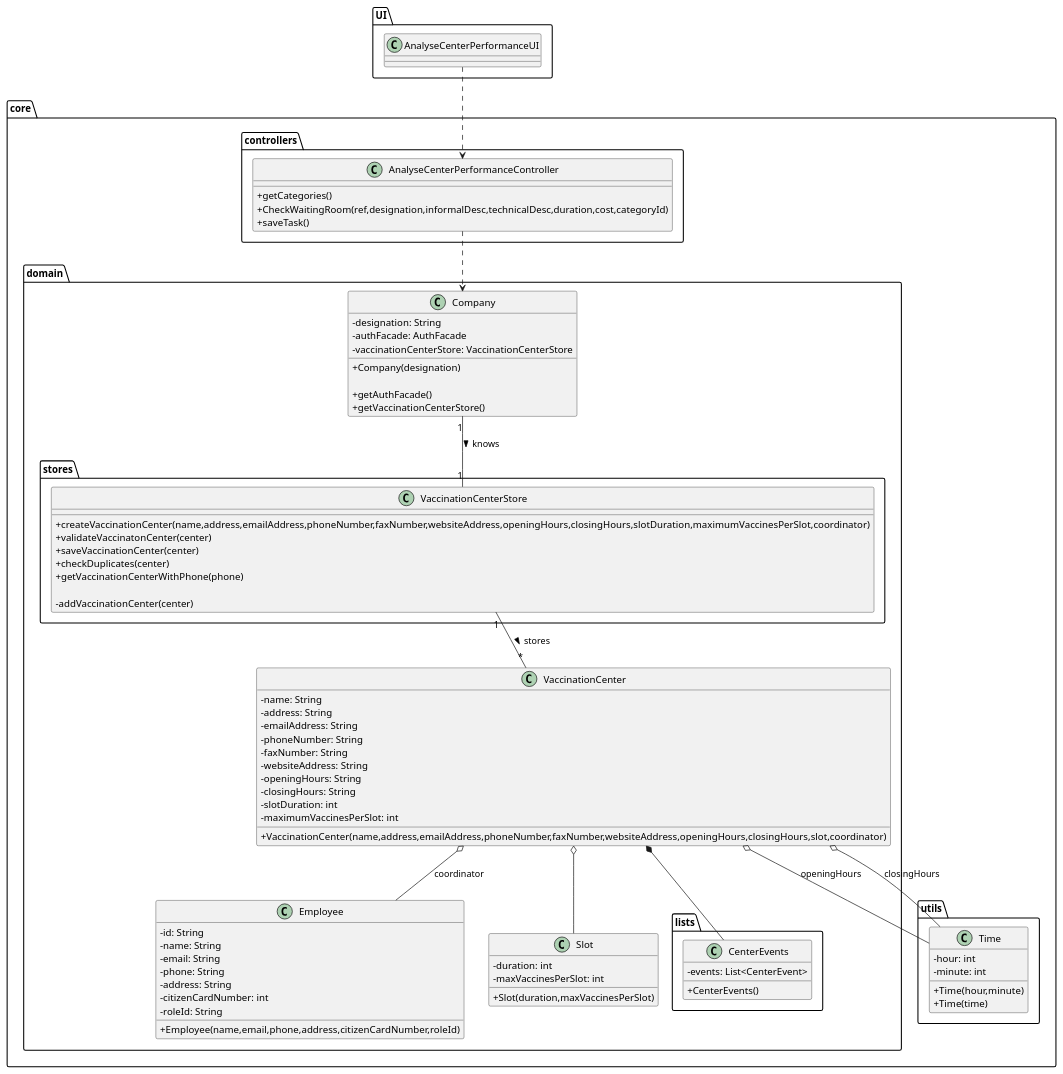
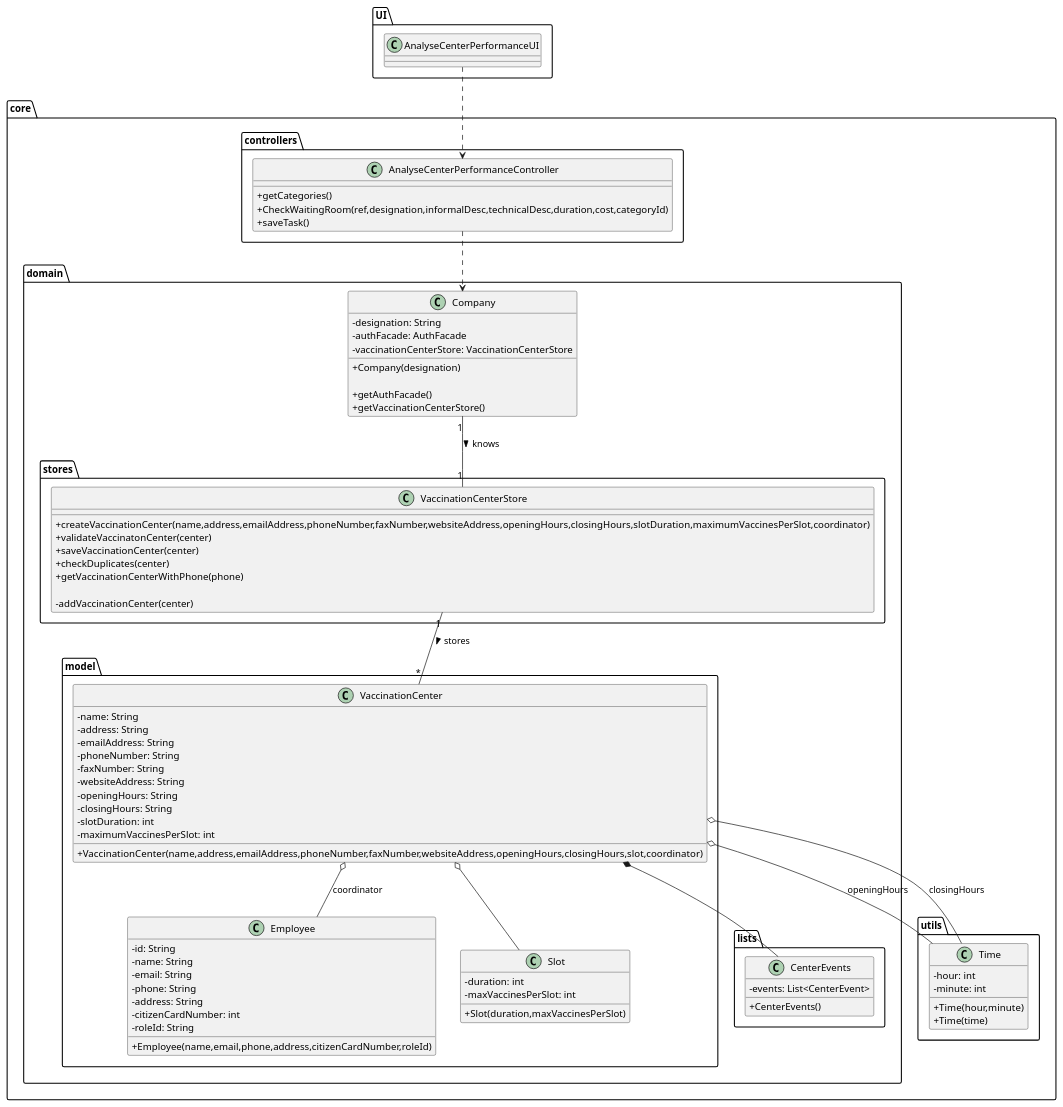
Before and after one commit to miseEnPlace-i/lapr2: the diagram in docs/SprintD/US16/CD/US16_CD.puml, drawn with PlantUML. The commit also changed 3 other files, not shown here.

```diff
--- a/docs/SprintD/US16/CD/US16_CD.puml
+++ b/docs/SprintD/US16/CD/US16_CD.puml
@@ -1,107 +1,111 @@
 @startuml
 skinparam classAttributeIconSize 0
 
 package UI {
   class AnalyseCenterPerformanceUI {}
 }
 
 package core {
   package domain {
     package stores {
       class VaccinationCenterStore {
         +createVaccinationCenter(name,address,emailAddress,phoneNumber,faxNumber,websiteAddress,openingHours,closingHours,slotDuration,maximumVaccinesPerSlot,coordinator)
         +validateVaccinatonCenter(center)
         +saveVaccinationCenter(center)
         +checkDuplicates(center)
         +getVaccinationCenterWithPhone(phone)
 
         -addVaccinationCenter(center)
       }
     }
 
     package lists {
       class CenterEvents {
         - events: List<CenterEvent>
 
         +CenterEvents()
       }
     }
 
+    package model {
+      class VaccinationCenter {
+        - name: String
+        - address: String
+        - emailAddress: String
+        - phoneNumber: String
+        - faxNumber: String
+        - websiteAddress: String
+        - openingHours: String
+        - closingHours: String
+        - slotDuration: int
+        - maximumVaccinesPerSlot: int
+        
+        +VaccinationCenter(name,address,emailAddress,phoneNumber,faxNumber,websiteAddress,openingHours,closingHours,slot,coordinator)
+      }
+
+      class Employee {
+        -id: String 
+        -name: String 
+        -email: String 
+        -phone: String 
+        -address: String 
+        -citizenCardNumber: int 
+        -roleId: String 
+
+        +Employee(name,email,phone,address,citizenCardNumber,roleId)
+      }
+
+      class Slot {
+        -duration: int
+        -maxVaccinesPerSlot: int
+
+        +Slot(duration,maxVaccinesPerSlot)
+      }
+    }
+
     class Company {
       -designation: String
       -authFacade: AuthFacade
       -vaccinationCenterStore: VaccinationCenterStore
       
       +Company(designation)
 
       +getAuthFacade()
       +getVaccinationCenterStore()
     }
 
-    class VaccinationCenter {
-      - name: String
-      - address: String
-      - emailAddress: String
-      - phoneNumber: String
-      - faxNumber: String
-      - websiteAddress: String
-      - openingHours: String
-      - closingHours: String
-      - slotDuration: int
-      - maximumVaccinesPerSlot: int
-      
-      +VaccinationCenter(name,address,emailAddress,phoneNumber,faxNumber,websiteAddress,openingHours,closingHours,slot,coordinator)
-    }
-
-    class Employee {
-      -id: String 
-      -name: String 
-      -email: String 
-      -phone: String 
-      -address: String 
-      -citizenCardNumber: int 
-      -roleId: String 
-
-      +Employee(name,email,phone,address,citizenCardNumber,roleId)
-    }
-
-    class Slot {
-      -duration: int
-      -maxVaccinesPerSlot: int
-
-      +Slot(duration,maxVaccinesPerSlot)
-    }
+    
   }
 
   package controllers {
     class AnalyseCenterPerformanceController {
       +getCategories()
       +CheckWaitingRoom(ref,designation,informalDesc,technicalDesc,duration,cost,categoryId)
       +saveTask()
     }
   }
 
   package utils {
     class Time {
       - hour: int
       - minute: int
       
       +Time(hour,minute)
       +Time(time)
     }
   }
 }
 
 AnalyseCenterPerformanceUI ..> AnalyseCenterPerformanceController
 AnalyseCenterPerformanceController ..> Company
 
 VaccinationCenter o-- Employee : coordinator
 VaccinationCenter o-- Time : openingHours
 VaccinationCenter o-- Time : closingHours
 VaccinationCenter o-- Slot
 VaccinationCenter *-- CenterEvents
 
 VaccinationCenterStore "1" -- "*" VaccinationCenter : stores >
 
 Company "1" -- "1" VaccinationCenterStore : knows >
 @enduml
```
